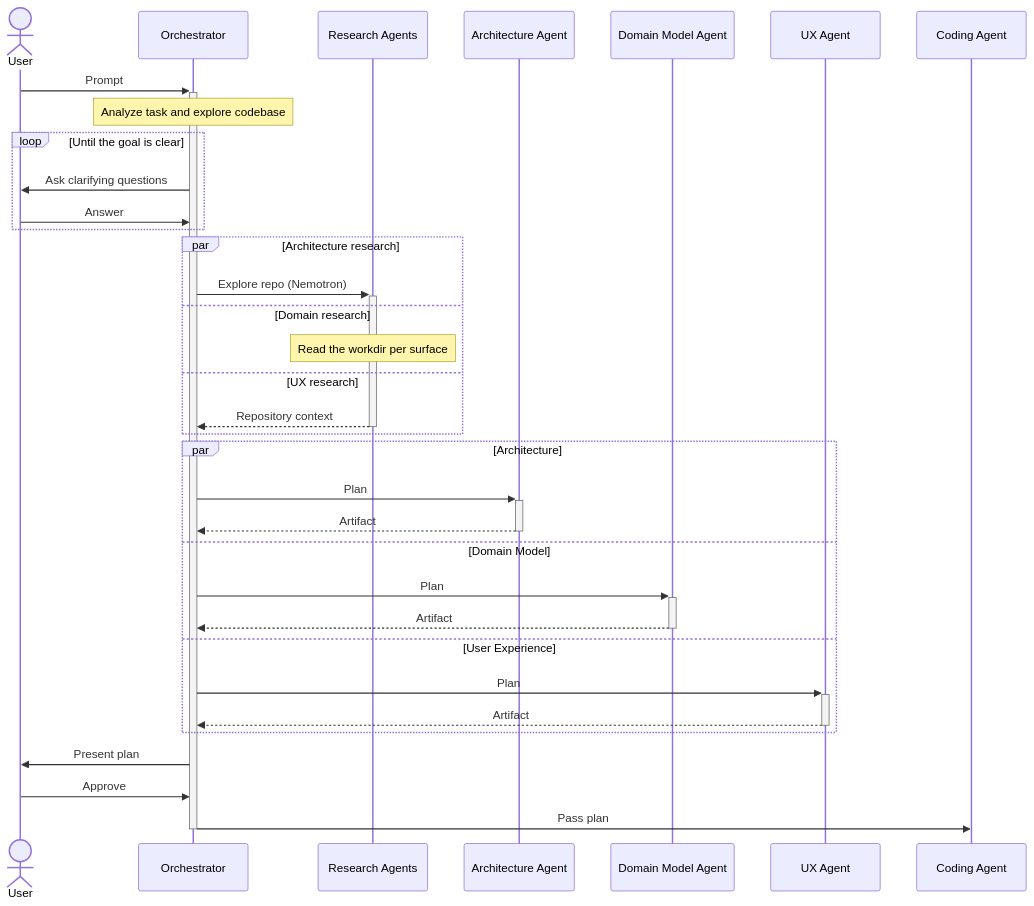
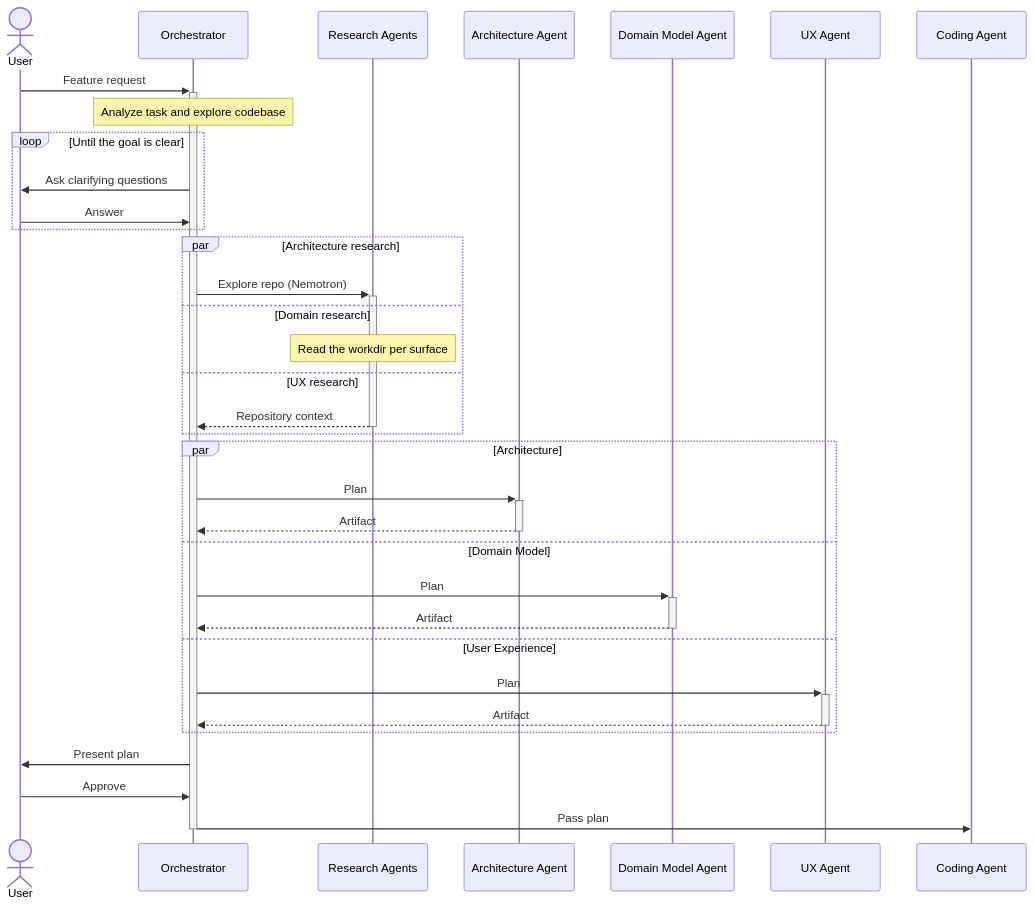
Before and after one commit to aonyx-ai/inference-hackathon: the diagram in README.md, drawn with Mermaid. The commit also changed other lines of this file, not shown here.

````diff
--- a/README.md
+++ b/README.md
@@ -47,30 +46,30 @@
 ```mermaid
 sequenceDiagram
     actor User
-    User->>+Orchestrator: Prompt
+    User->>+Orchestrator: Feature request
     Note over Orchestrator: Analyze task and explore codebase
     loop Until the goal is clear
         Orchestrator->>User: Ask clarifying questions
         User->>Orchestrator: Answer
     end
     par Architecture research
         Orchestrator->>+Research Agents: Explore repo (Nemotron)
     and Domain research
         Note over Research Agents: Read the workdir per surface
     and UX research
         Research Agents-->>-Orchestrator: Repository context
     end
     par Architecture
         Orchestrator->>+Architecture Agent: Plan
         Architecture Agent-->>-Orchestrator: Artifact
     and Domain Model
         Orchestrator->>+Domain Model Agent: Plan
         Domain Model Agent-->>-Orchestrator: Artifact
     and User Experience
         Orchestrator->>+UX Agent: Plan
         UX Agent-->>-Orchestrator: Artifact
     end
     Orchestrator->>User: Present plan
     User->>Orchestrator: Approve
     Orchestrator->>-Coding Agent: Pass plan
 ```
````
